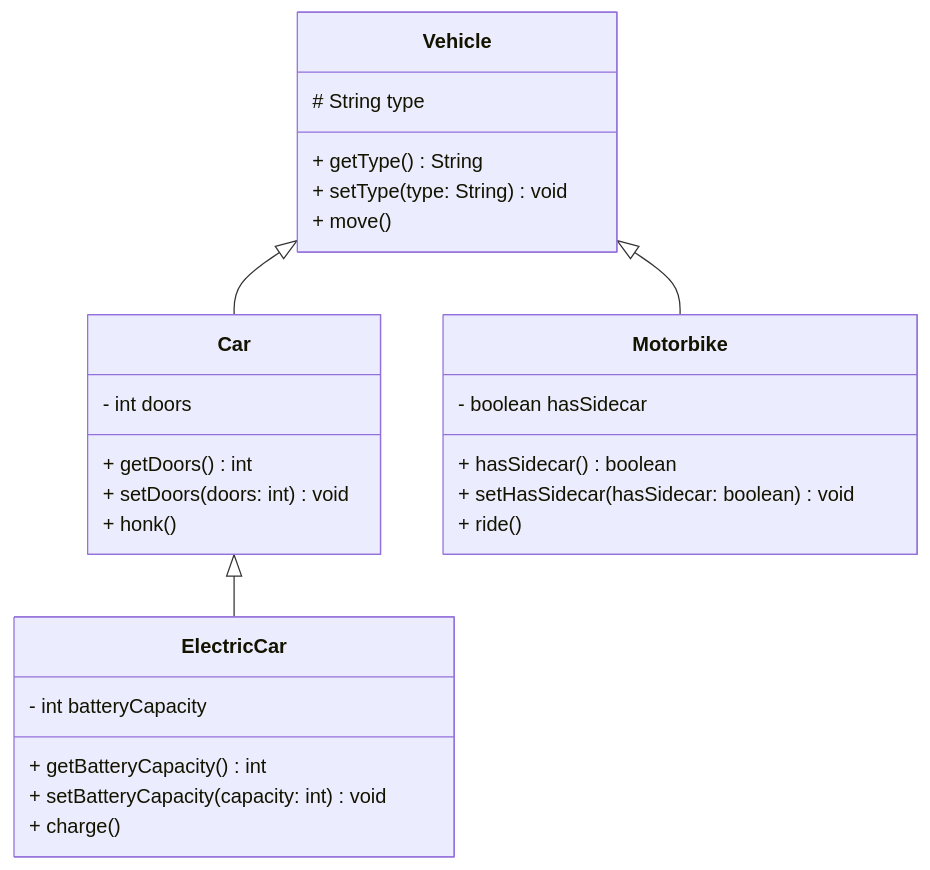
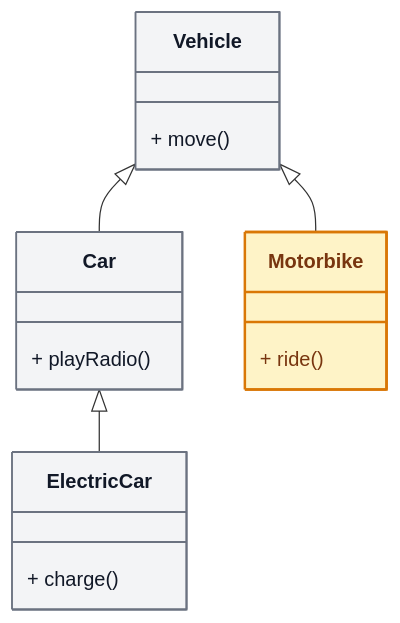
Before and after one commit to danielcregg/object-oriented-computing: the seventh of 10 diagrams in lectures-and-labs/week09/inheritance_lab/README.md, drawn with Mermaid. The commit also changed other lines of this file and 1 other file, not shown here.

````diff
--- a/lectures-and-labs/week09/inheritance_lab/README.md
+++ b/lectures-and-labs/week09/inheritance_lab/README.md
@@ -378,30 +330,22 @@
 ```mermaid
 classDiagram
     Vehicle <|-- Car
     Car <|-- ElectricCar
     Vehicle <|-- Motorbike
     class Vehicle {
-        # String type
-        + getType() String
-        + setType(type: String) void
         + move()
     }
     class Car {
-        - int doors
-        + getDoors() int
-        + setDoors(doors: int) void
-        + honk()
+        + playRadio()
     }
     class ElectricCar {
-        - int batteryCapacity
-        + getBatteryCapacity() int
-        + setBatteryCapacity(capacity: int) void
         + charge()
     }
     class Motorbike {
-        - boolean hasSidecar
-        + hasSidecar() boolean
-        + setHasSidecar(hasSidecar: boolean) void
         + ride()
     }
+    style Vehicle fill:#f3f4f6,stroke:#6b7280,stroke-width:1.5px,color:#111827
+    style Car fill:#f3f4f6,stroke:#6b7280,stroke-width:1.5px,color:#111827
+    style ElectricCar fill:#f3f4f6,stroke:#6b7280,stroke-width:1.5px,color:#111827
+    style Motorbike fill:#fef3c7,stroke:#d97706,stroke-width:2px,color:#78350f
 ```
````
